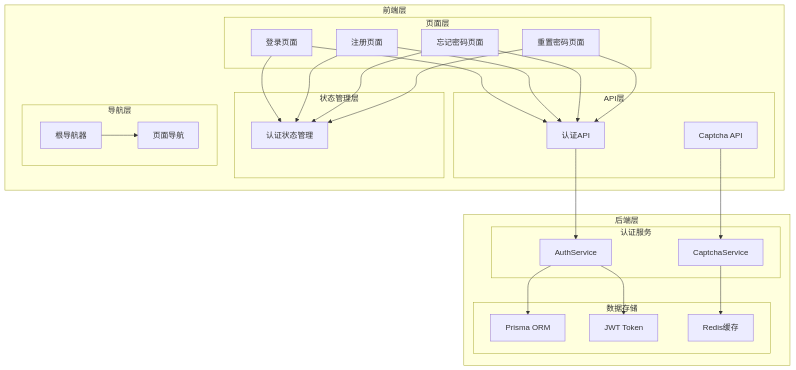
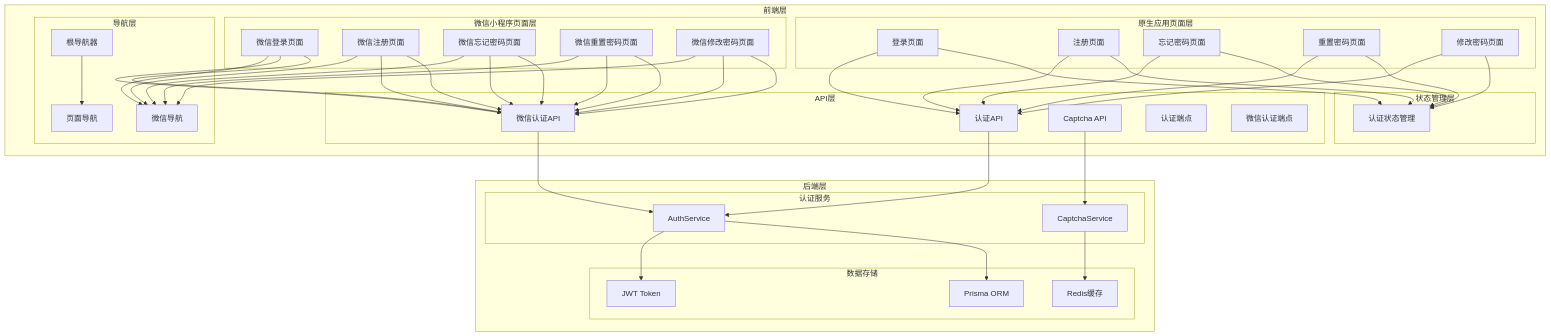
Before and after one commit to lsqwawa/free-dress: the second of 7 diagrams in .qoder/repowiki/zh/content/前端开发指南/页面架构/认证页面/认证页面.md, drawn with Mermaid. The commit also changed other lines of this file and 55 other files, not shown here.

````diff
--- a/.qoder/repowiki/zh/content/前端开发指南/页面架构/认证页面/认证页面.md
+++ b/.qoder/repowiki/zh/content/前端开发指南/页面架构/认证页面/认证页面.md
@@ -134,47 +186,77 @@
 ```mermaid
 graph TB
 subgraph "前端层"
-subgraph "页面层"
+subgraph "原生应用页面层"
 LS[登录页面]
 RS[注册页面]
 FPS[忘记密码页面]
 RPS[重置密码页面]
+CPS[修改密码页面]
+end
+subgraph "微信小程序页面层"
+WLS[微信登录页面]
+WRS[微信注册页面]
+WFPS[微信忘记密码页面]
+WRPS[微信重置密码页面]
+WCPS[微信修改密码页面]
 end
 subgraph "API层"
 API[认证API]
+WAPI[微信认证API]
 CAP[Captcha API]
+ENDPOINT[认证端点]
+ENDPOINT2[微信认证端点]
 end
 subgraph "状态管理层"
 AS[认证状态管理]
 LS --> AS
 RS --> AS
 FPS --> AS
 RPS --> AS
+CPS --> AS
+WLS --> WAPI
+WRS --> WAPI
+WFPS --> WAPI
+WRPS --> WAPI
+WCPS --> WAPI
 end
 subgraph "导航层"
 RN[根导航器]
 NAV[页面导航]
+WNAV[微信导航]
 end
 end
 subgraph "后端层"
 subgraph "认证服务"
 AUTH[AuthService]
 CAPS[CaptchaService]
 end
 subgraph "数据存储"
 PRISMA[Prisma ORM]
 JWT[JWT Token]
 REDIS[Redis缓存]
 end
 end
 LS --> API
 RS --> API
 FPS --> API
 RPS --> API
+CPS --> API
+WLS --> WAPI
+WRS --> WAPI
+WFPS --> WAPI
+WRPS --> WAPI
+WCPS --> WAPI
 API --> AUTH
+WAPI --> AUTH
 AUTH --> PRISMA
 AUTH --> JWT
 CAP --> CAPS
 CAPS --> REDIS
 RN --> NAV
+WLS --> WNAV
+WRS --> WNAV
+WFPS --> WNAV
+WRPS --> WNAV
+WCPS --> WNAV
 ```
````
